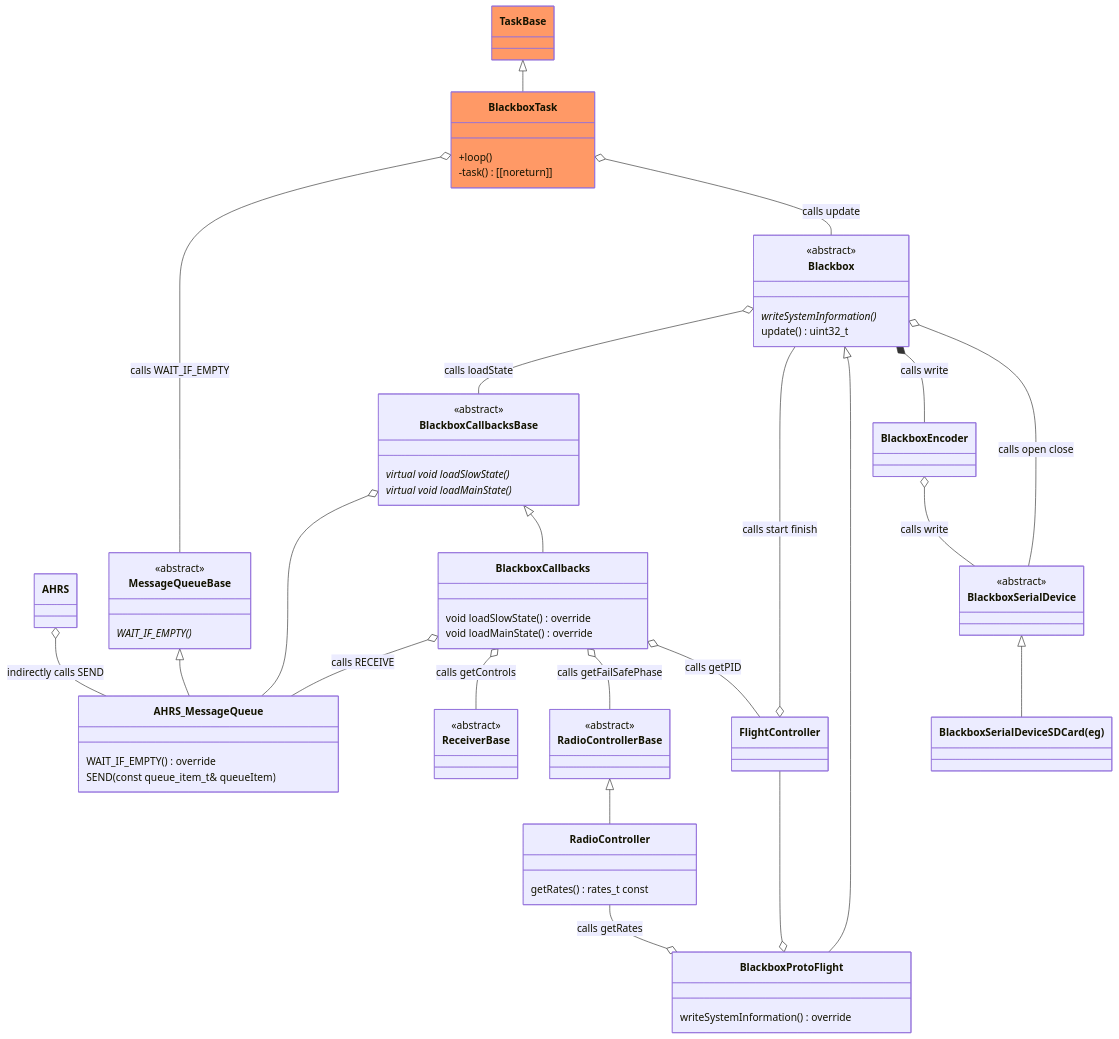
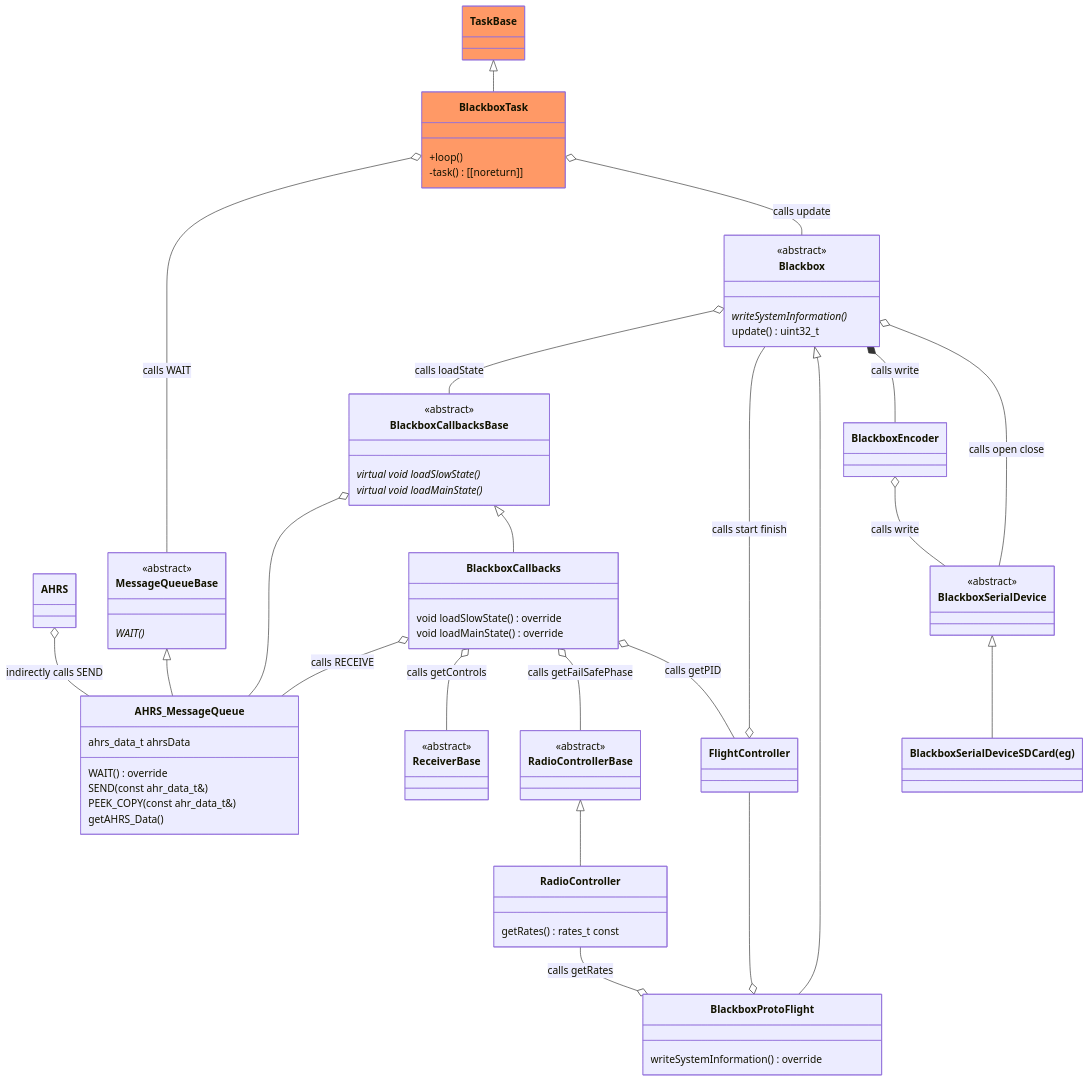
One commit to martinbudden/Protoflight changed the third of 5 diagrams in README.md. Above: the diagram before and after it, drawn with Mermaid. The commit also changed other lines of this file and 20 other files, not shown here.

Commit message:
AHRS_MessageQueue and Blackbox improvements.

```diff
--- a/README.md
+++ b/README.md
@@ -655,12 +660,15 @@
     link BlackboxCallbacks "https://github.com/martinbudden/protoflight/blob/main/lib/Blackbox/src/BlackboxCallbacks.h"
     class MessageQueueBase {
         <<abstract>>
-        WAIT_IF_EMPTY() *
+        WAIT() *
     }
     link MessageQueueBase "https://github.com/martinbudden/Library-TaskBase/blob/main/src/MessageQueueBase.h"
     class AHRS_MessageQueue {
-        WAIT_IF_EMPTY() override
-        SEND(const queue_item_t& queueItem)
+        ahrs_data_t ahrsData
+        WAIT() override
+        SEND(const ahr_data_t&)
+        PEEK_COPY(const ahr_data_t&)
+        getAHRS_Data()
     }
     link AHRS_MessageQueue "https://github.com/martinbudden/protoflight/blob/main/lib/Blackbox/src/AHRS_MessageQueue.h"
     AHRS o-- AHRS_MessageQueue : indirectly calls SEND
@@ -742,7 +750,7 @@
         -task() [[noreturn]]
     }
     link BlackboxTask "https://github.com/martinbudden/Library-Blackbox/blob/main/src/BlackboxTask.h"
-    BlackboxTask o-- MessageQueueBase : calls WAIT_IF_EMPTY
+    BlackboxTask o-- MessageQueueBase : calls WAIT
     BlackboxTask o-- Blackbox : calls update
 
     classDef taskClass fill:#f96
```
